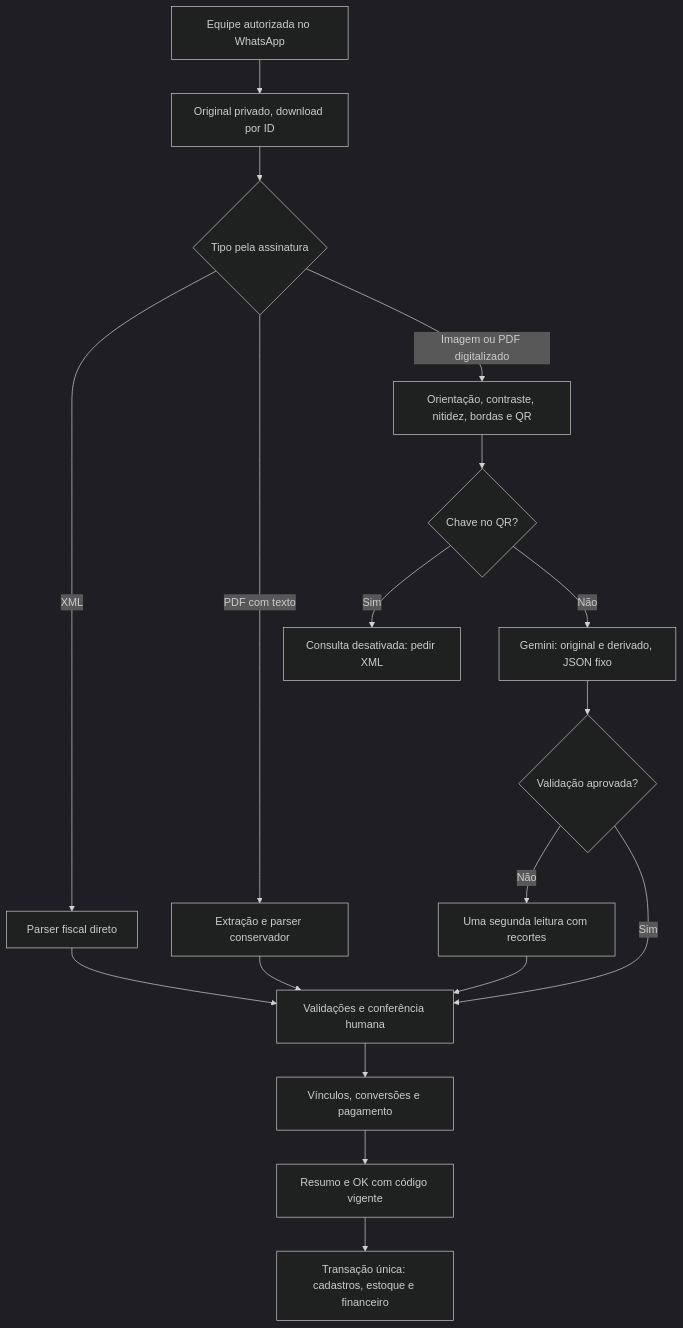
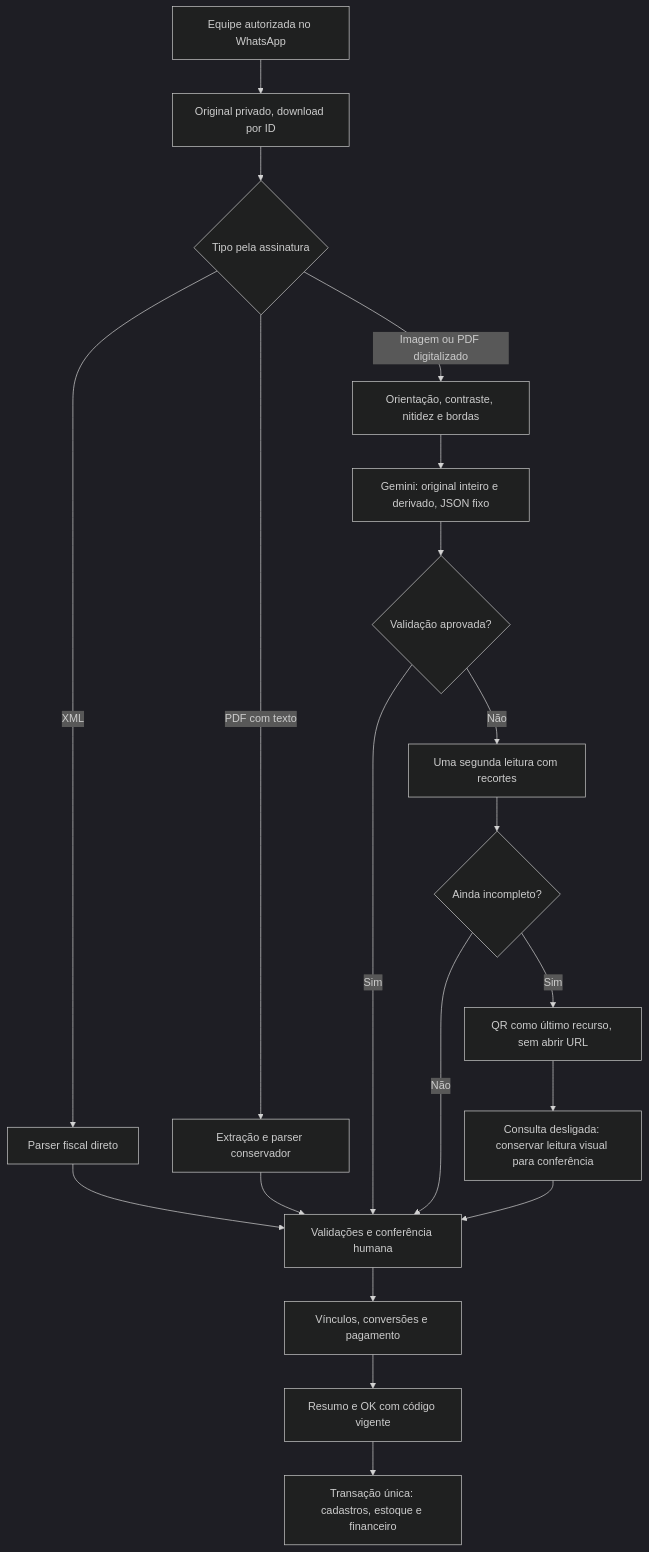
One commit to pablocdds-tech/tetteo changed the diagram in docs/notas-fiscais-leitura.md. Above: the diagram before and after it, drawn with Mermaid (dark theme). The commit also changed other lines of this file and 3 other files, not shown here.

````diff
--- a/docs/notas-fiscais-leitura.md
+++ b/docs/notas-fiscais-leitura.md
@@ -9,20 +10,22 @@
 ```mermaid
 flowchart TD
   A[Equipe autorizada no WhatsApp] --> B[Original privado, download por ID]
   B --> C{Tipo pela assinatura}
   C -->|XML| D[Parser fiscal direto]
   C -->|PDF com texto| E[Extração e parser conservador]
-  C -->|Imagem ou PDF digitalizado| F[Orientação, contraste, nitidez, bordas e QR]
-  F --> G{Chave no QR?}
-  G -->|Sim| H[Consulta desativada: pedir XML]
-  G -->|Não| I[Gemini: original e derivado, JSON fixo]
+  C -->|Imagem ou PDF digitalizado| F[Orientação, contraste, nitidez e bordas]
+  F --> I[Gemini: original inteiro e derivado, JSON fixo]
   I --> J{Validação aprovada?}
   J -->|Não| K[Uma segunda leitura com recortes]
   D --> L[Validações e conferência humana]
   E --> L
   J -->|Sim| L
-  K --> L
+  K --> G{Ainda incompleto?}
+  G -->|Não| L
+  G -->|Sim| H[QR como último recurso, sem abrir URL]
+  H --> P[Consulta desligada: conservar leitura visual para conferência]
+  P --> L
   L --> M[Vínculos, conversões e pagamento]
   M --> N[Resumo e OK com código vigente]
   N --> O[Transação única: cadastros, estoque e financeiro]
 ```
````
